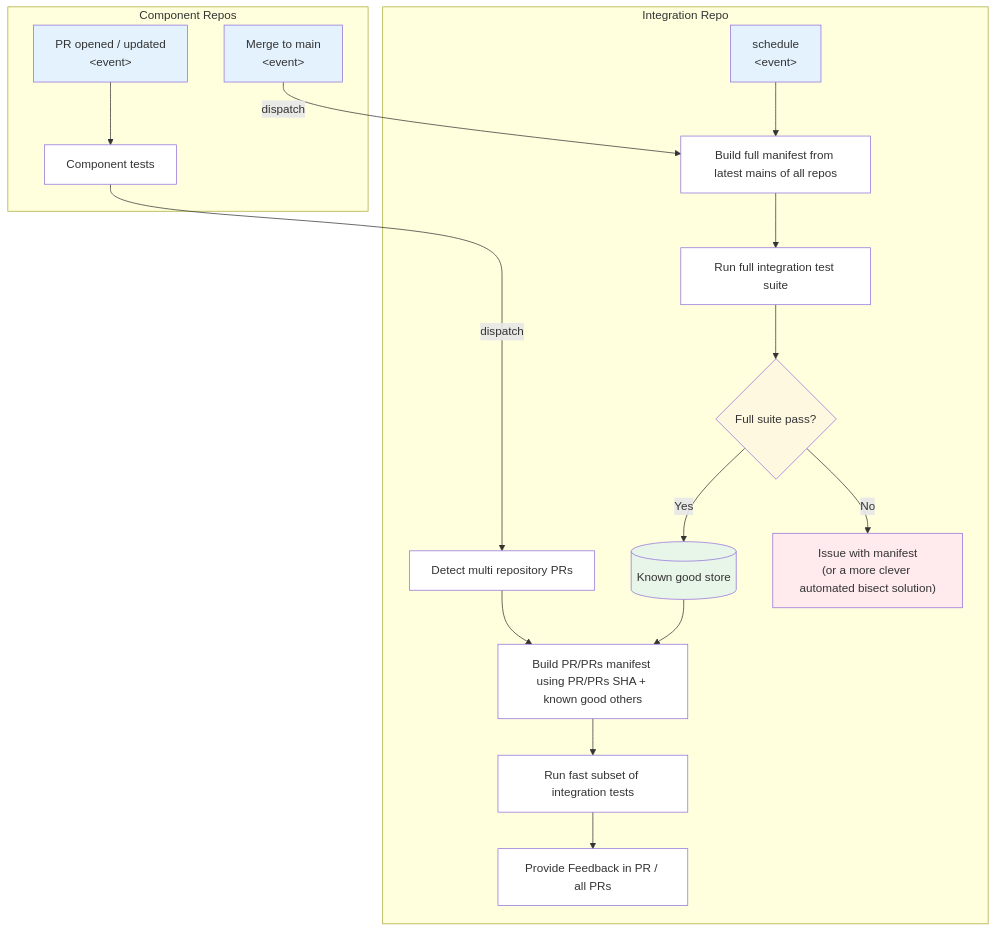
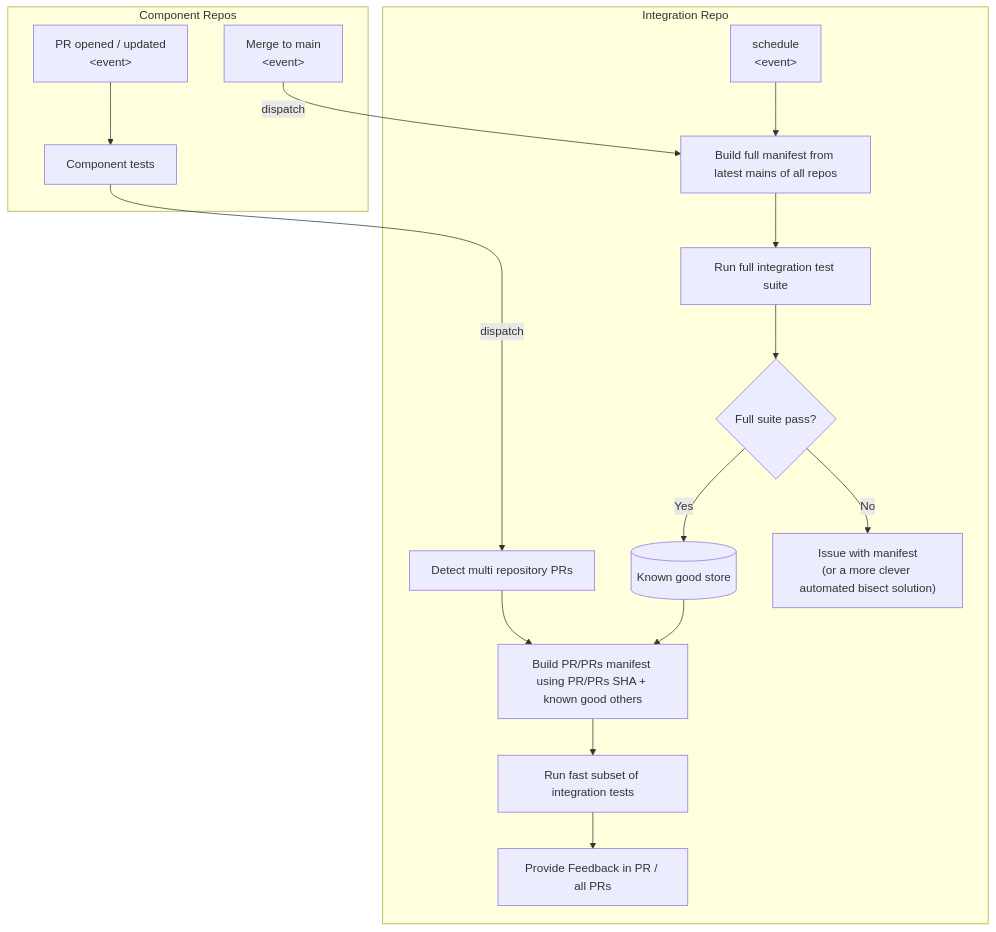
Before and after one commit to eclipse-score/docs-as-code: the diagram in integration.md, drawn with Mermaid.

Commit message:
mermaid: use default style

````diff
--- a/integration.md
+++ b/integration.md
@@ -69,33 +69,27 @@
 ```mermaid
 flowchart TB
   subgraph COMP[Component Repos]
     pr[PR opened / updated<br/>&lt;event&gt;]:::event --> comp_ci[Component tests]:::step
 
     trigger1[Merge to main<br/>&lt;event&gt;]:::event
   end
 
   subgraph INT[Integration Repo]
     comp_ci --> |dispatch|detect_changeset[Detect multi repository PRs]:::step
     knownGood[(Known good store)]:::artifact
 
     %% PR
     detect_changeset --> buildMan[Build PR/PRs manifest using PR/PRs SHA + known good others]:::step
     knownGood --> buildMan
     buildMan --> runSubset[Run fast subset of integration tests]:::step
     runSubset --> prFeedback[Provide Feedback in PR / all PRs]:::step
 
     %% Post-merge / scheduled full suite
     trigger1 -->|dispatch| fullMan[Build full manifest from latest mains of all repos]:::step
     trigger2[schedule<br/>&lt;event&gt;]:::event --> fullMan
     fullMan --> fullSuite[Run full integration test suite]:::step
     fullSuite --> fullPass{Full suite pass?}:::decision
     fullPass -->|Yes| knownGood
     fullPass -->|No| issue["Issue with manifest<br>(or a more clever automated bisect solution)"]:::red
   end
-
-  classDef event fill:#E3F2FD
-  classDef step fill:#FFFFFF
-  classDef decision fill:#FFF8E1
-  classDef artifact fill:#E8F5E9
-  classDef red fill:#FFEBEE
 ```
````
